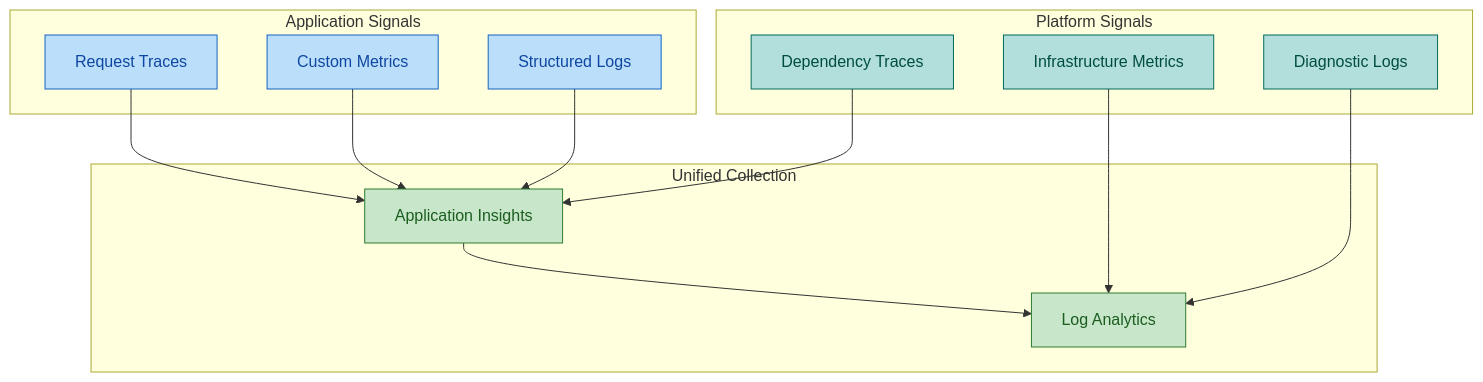
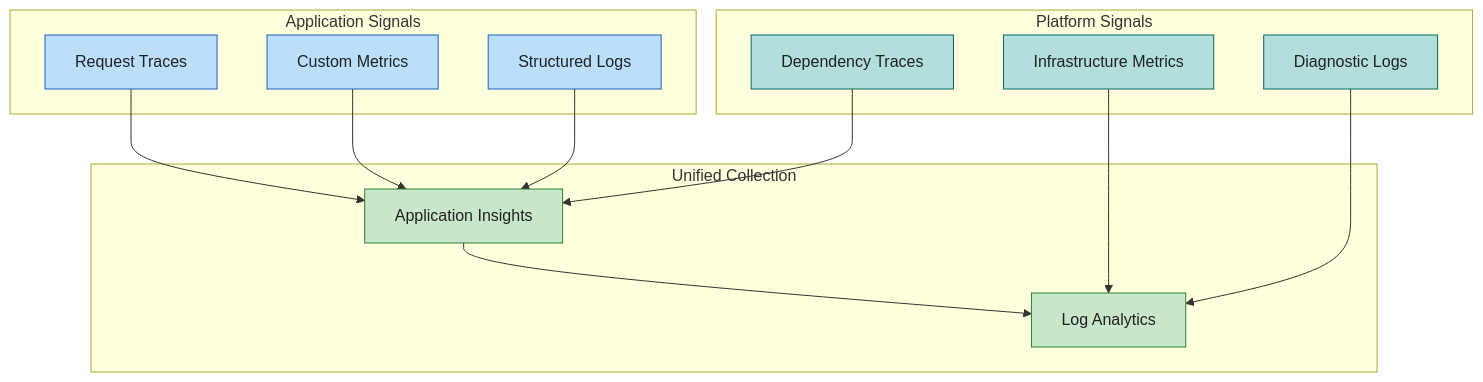
One commit to Evilazaro/Azure-LogicApps-Monitoring changed the fifth of 5 diagrams in docs/architecture/02-data-architecture.md. Above: the diagram before and after it, drawn with Mermaid. The commit also changed other lines of this file and 2 other files, not shown here.

Commit message:
Refactor architecture diagrams for consistent color scheme and improved readability

````diff
--- a/docs/architecture/02-data-architecture.md
+++ b/docs/architecture/02-data-architecture.md
@@ -252,35 +252,35 @@
 ```mermaid
 flowchart TB
     subgraph Application["Application Signals"]
         AT[Request Traces]
         AM[Custom Metrics]
         AL[Structured Logs]
     end
 
     subgraph Platform["Platform Signals"]
         PT[Dependency Traces]
         PM[Infrastructure Metrics]
         PL[Diagnostic Logs]
     end
 
     subgraph Collection["Unified Collection"]
         AI[Application Insights]
         LA[Log Analytics]
     end
 
     AT --> AI
     AM --> AI
     AL --> AI
     PT --> AI
     PM --> LA
     PL --> LA
     AI --> LA
 
-    classDef app fill:#BBDEFB,stroke:#1565C0,color:#0D47A1
-    classDef platform fill:#B2DFDB,stroke:#00695C,color:#004D40
-    classDef collect fill:#C8E6C9,stroke:#2E7D32,color:#1B5E20
+    classDef app fill:#BBDEFB,stroke:#1565C0,color:#212121
+    classDef platform fill:#B2DFDB,stroke:#00695C,color:#212121
+    classDef collect fill:#C8E6C9,stroke:#2E7D32,color:#212121
 
     class AT,AM,AL app
     class PT,PM,PL platform
     class AI,LA collect
 ```
````
